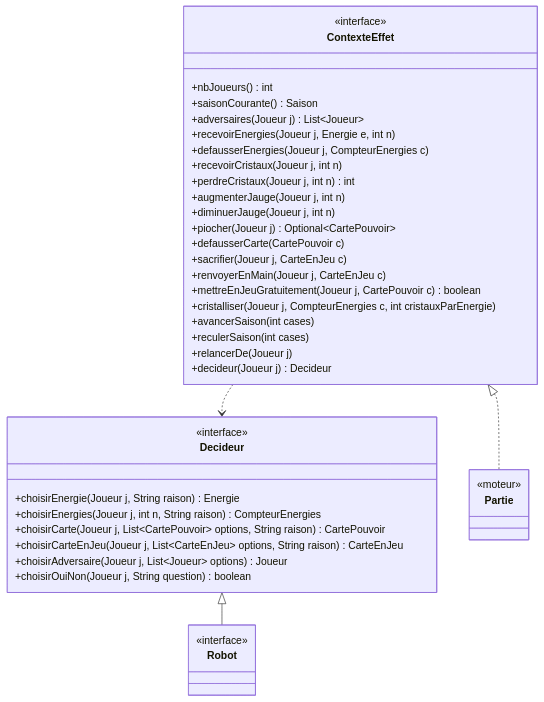
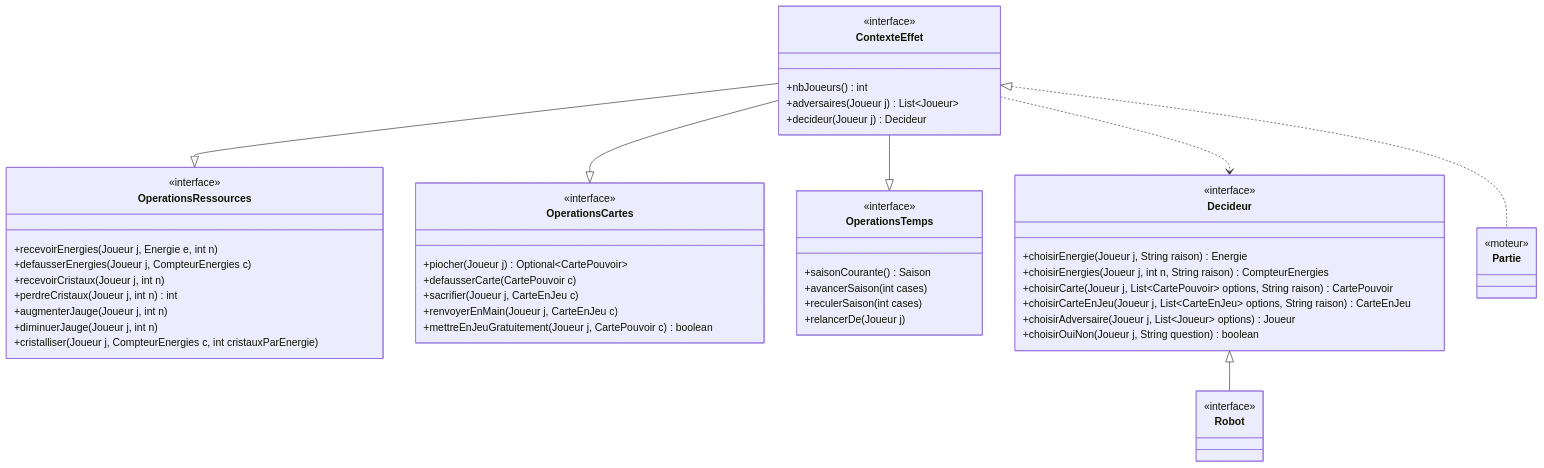
One commit to MARTINA-niels/SAE-SEASON-Depot-personnel changed the second of 3 diagrams in livrable1/sprint1-dossier-conception/docs/04-classes-cartes.md. Above: the diagram before and after it, drawn with Mermaid. The commit also changed other lines of this file and 14 other files, not shown here.

````diff
--- a/livrable1/sprint1-dossier-conception/docs/04-classes-cartes.md
+++ b/livrable1/sprint1-dossier-conception/docs/04-classes-cartes.md
@@ -100,43 +102,55 @@
 ```mermaid
 classDiagram
-    class ContexteEffet {
+    class OperationsRessources {
         <<interface>>
-        +nbJoueurs() int
-        +saisonCourante() Saison
-        +adversaires(Joueur j) List~Joueur~
         +recevoirEnergies(Joueur j, Energie e, int n)
         +defausserEnergies(Joueur j, CompteurEnergies c)
         +recevoirCristaux(Joueur j, int n)
         +perdreCristaux(Joueur j, int n) int
         +augmenterJauge(Joueur j, int n)
         +diminuerJauge(Joueur j, int n)
+        +cristalliser(Joueur j, CompteurEnergies c, int cristauxParEnergie)
+    }
+    class OperationsCartes {
+        <<interface>>
         +piocher(Joueur j) Optional~CartePouvoir~
         +defausserCarte(CartePouvoir c)
         +sacrifier(Joueur j, CarteEnJeu c)
         +renvoyerEnMain(Joueur j, CarteEnJeu c)
         +mettreEnJeuGratuitement(Joueur j, CartePouvoir c) boolean
-        +cristalliser(Joueur j, CompteurEnergies c, int cristauxParEnergie)
+    }
+    class OperationsTemps {
+        <<interface>>
+        +saisonCourante() Saison
         +avancerSaison(int cases)
         +reculerSaison(int cases)
         +relancerDe(Joueur j)
+    }
+    class ContexteEffet {
+        <<interface>>
+        +nbJoueurs() int
+        +adversaires(Joueur j) List~Joueur~
         +decideur(Joueur j) Decideur
     }
     class Decideur {
         <<interface>>
         +choisirEnergie(Joueur j, String raison) Energie
         +choisirEnergies(Joueur j, int n, String raison) CompteurEnergies
         +choisirCarte(Joueur j, List~CartePouvoir~ options, String raison) CartePouvoir
         +choisirCarteEnJeu(Joueur j, List~CarteEnJeu~ options, String raison) CarteEnJeu
         +choisirAdversaire(Joueur j, List~Joueur~ options) Joueur
         +choisirOuiNon(Joueur j, String question) boolean
     }
     class Partie {
         <<moteur>>
     }
     class Robot {
         <<interface>>
     }
+    ContexteEffet --|> OperationsRessources
+    ContexteEffet --|> OperationsCartes
+    ContexteEffet --|> OperationsTemps
     ContexteEffet <|.. Partie
     Decideur <|-- Robot
     ContexteEffet ..> Decideur
 ```
````
